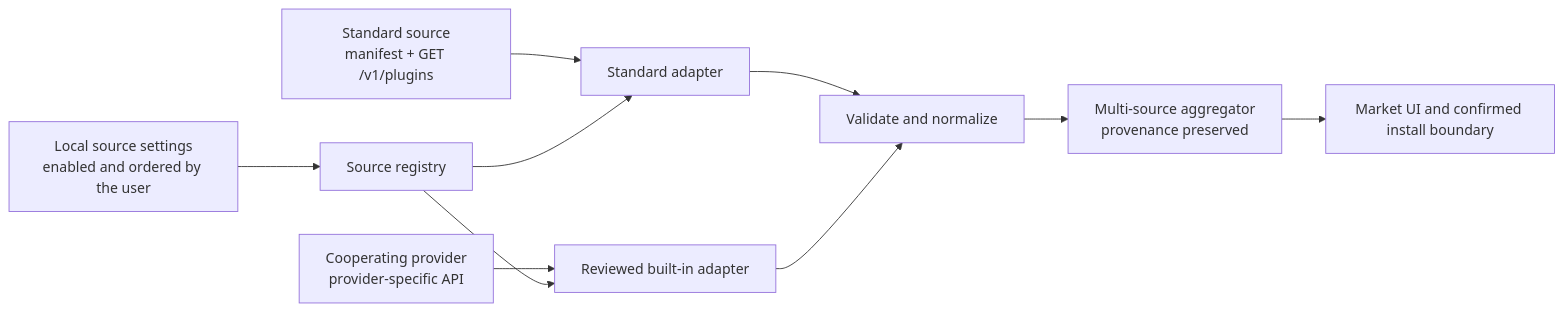
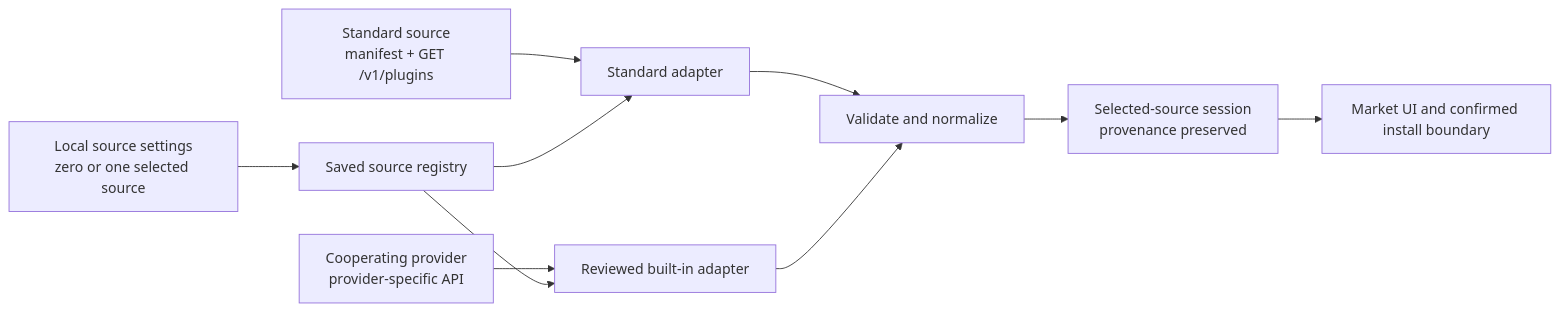
The diagram in dsh-community-market/docs/catalog-provider-contract.md (picoaide/picoaide-harness), drawn with Mermaid before and after one commit. The commit also changed other lines of this file and 35 other files, not shown here.

Commit message:
feat(market): add source browsing and pagination

````diff
--- a/dsh-community-market/docs/catalog-provider-contract.md
+++ b/dsh-community-market/docs/catalog-provider-contract.md
@@ -86,12 +70,12 @@
 ```mermaid
 flowchart LR
-    Settings["Local source settings<br/>enabled and ordered by the user"] --> Registry["Source registry"]
+    Settings["Local source settings<br/>zero or one selected source"] --> Registry["Saved source registry"]
     Manifest["Standard source<br/>manifest + GET /v1/plugins"] --> Standard["Standard adapter"]
     Partner["Cooperating provider<br/>provider-specific API"] --> Builtin["Reviewed built-in adapter"]
     Registry --> Standard
     Registry --> Builtin
     Standard --> Validate["Validate and normalize"]
     Builtin --> Validate
-    Validate --> Aggregate["Multi-source aggregator<br/>provenance preserved"]
-    Aggregate --> UI["Market UI and confirmed install boundary"]
+    Validate --> Session["Selected-source session<br/>provenance preserved"]
+    Session --> UI["Market UI and confirmed install boundary"]
 ```
````
